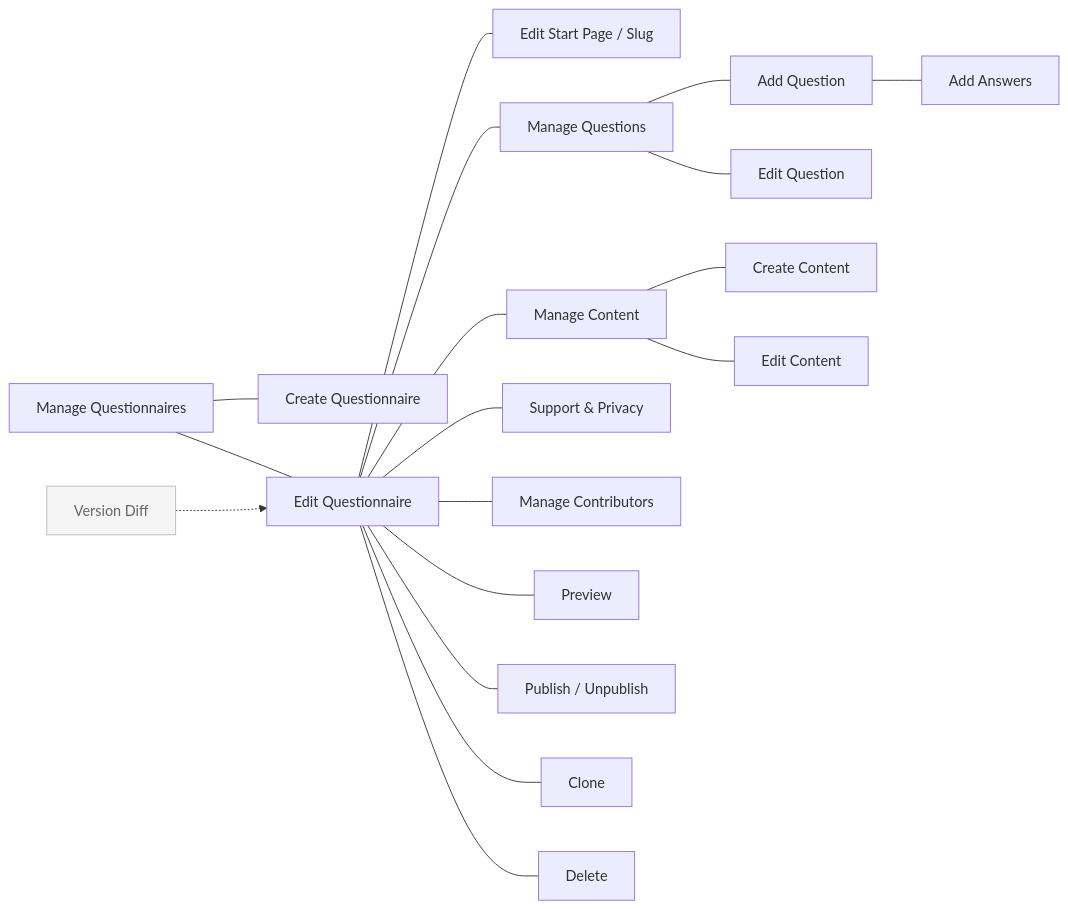
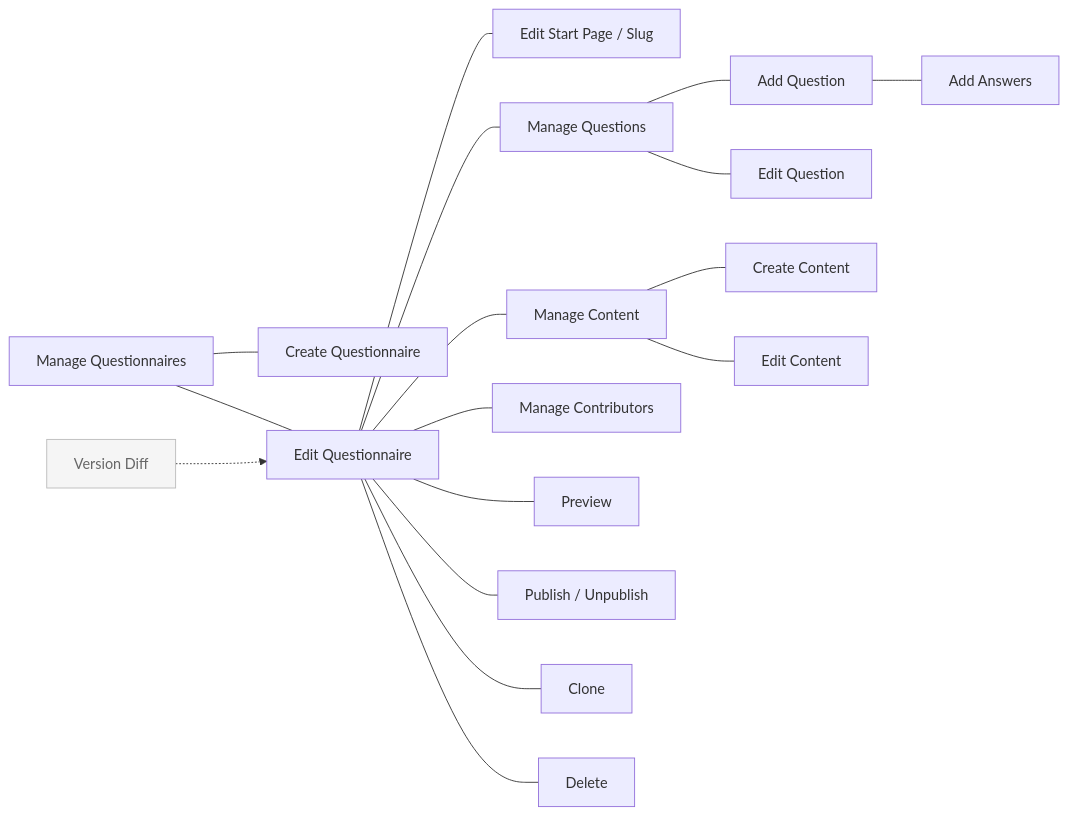
Before and after one commit to DFE-Digital/get-to-an-answer: the second of 2 diagrams in src/Admin/README.md, drawn with Mermaid. The commit also changed other lines of this file and 4 other files, not shown here.

First line of the commit message:
CARE-1718 Removed support contact details and privacy configuration references from documentation and code (#219)

````diff
--- a/src/Admin/README.md
+++ b/src/Admin/README.md
@@ -37,22 +35,21 @@
 ```mermaid
 graph LR
   MQ[Manage Questionnaires] --- CQ[Create Questionnaire]
   MQ --- EQ[Edit Questionnaire]
   EQ --- SQ[Edit Start Page / Slug]
   EQ --- MC[Manage Content]
   EQ --- MQs[Manage Questions]
   MQs --- AQ[Add Question]
   AQ --- AA[Add Answers]
   MQs --- EQn[Edit Question]
   MC --- CC[Create Content]
   MC --- EC[Edit Content]
-  EQ --- SP[Support & Privacy]
   EQ --- INV[Manage Contributors]
   EQ --- PRV[Preview]
   EQ --- PUB[Publish / Unpublish]
   EQ --- CLN[Clone]
   EQ --- DEL[Delete]
   N1[Version Diff]:::muted -.-> EQ
 
   classDef muted fill:#f5f5f5,stroke:#bbb,color:#666;
 ```
````
